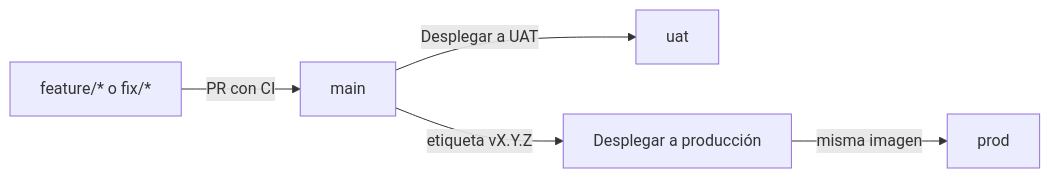
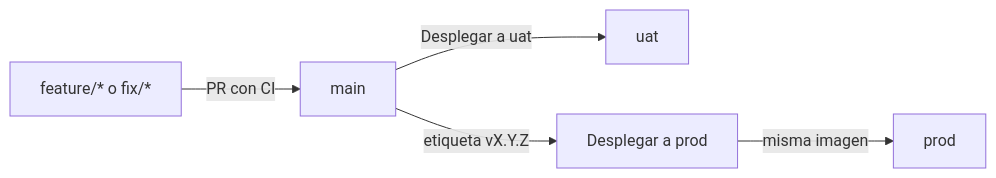
One commit to ABItech-PERU/pilot-ssh-web changed the diagram in docs/github-actions.md. Above: the diagram before and after it, drawn with Mermaid. The commit also changed other lines of this file and 2 other files, not shown here.

````diff
--- a/docs/github-actions.md
+++ b/docs/github-actions.md
@@ -10,7 +10,7 @@
 ```mermaid
 flowchart LR
   A["feature/* o fix/*"] -- "PR con CI" --> B["main"]
-  B -- "Desplegar a UAT" --> C["uat"]
-  B -- "etiqueta vX.Y.Z" --> D["Desplegar a producción"]
+  B -- "Desplegar a uat" --> C["uat"]
+  B -- "etiqueta vX.Y.Z" --> D["Desplegar a prod"]
   D -- "misma imagen" --> E["prod"]
 ```
````
